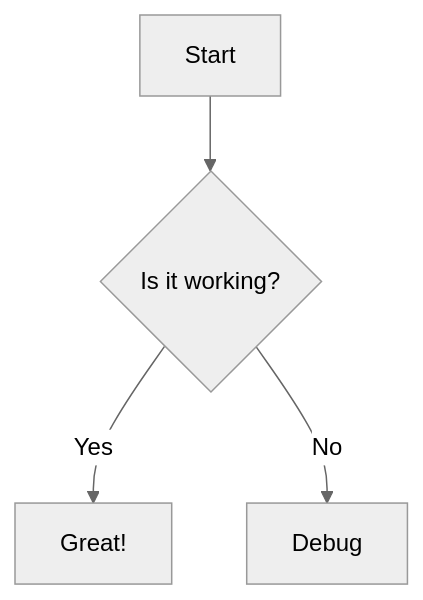
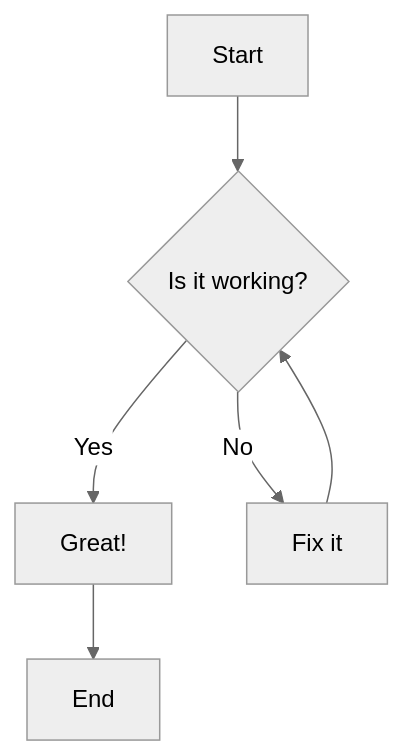
Before and after one commit to starfysh-tech/markpane: the first of 2 diagrams in test-phase1.md, drawn with Mermaid (neutral theme). The commit also changed other lines of this file and 2 other files, not shown here.

````diff
--- a/test-phase1.md
+++ b/test-phase1.md
@@ -48,6 +112,8 @@
 ```mermaid
-graph TD
+flowchart TD
     A[Start] --> B{Is it working?}
     B -->|Yes| C[Great!]
-    B -->|No| D[Debug]
+    B -->|No| D[Fix it]
+    D --> B
+    C --> E[End]
 ```
````
